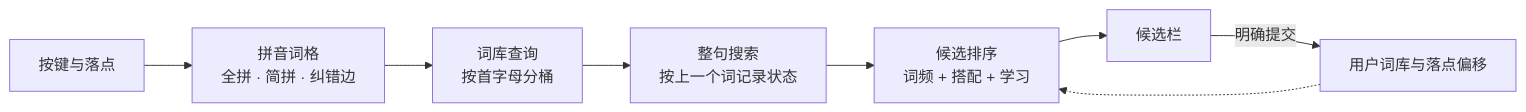
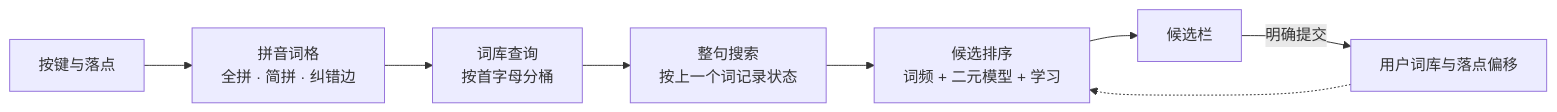
The diagram in README.md (BrianHIO-x/Aile), drawn with Mermaid before and after one commit. The commit also changed other lines of this file and 61 other files, not shown here.

````diff
--- a/README.md
+++ b/README.md
@@ -110,10 +113,10 @@
 ```mermaid
 flowchart LR
   A["按键与落点"] --> B["拼音词格<br/>全拼 · 简拼 · 纠错边"]
   B --> C["词库查询<br/>按首字母分桶"]
   C --> D["整句搜索<br/>按上一个词记录状态"]
-  D --> E["候选排序<br/>词频 + 搭配 + 学习"]
+  D --> E["候选排序<br/>词频 + 二元模型 + 学习"]
   E --> F["候选栏"]
   F -- "明确提交" --> G["用户词库与落点偏移"]
   G -.-> E
 ```
````
